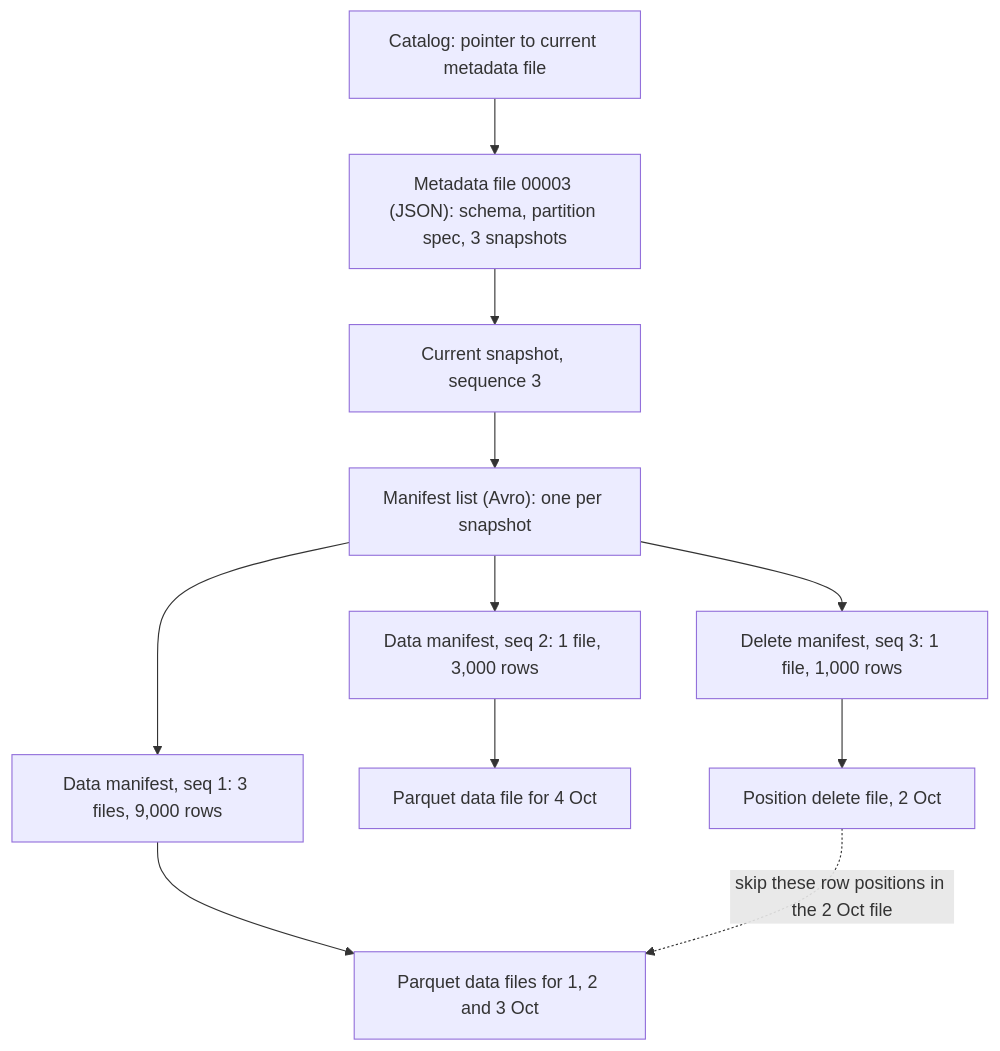
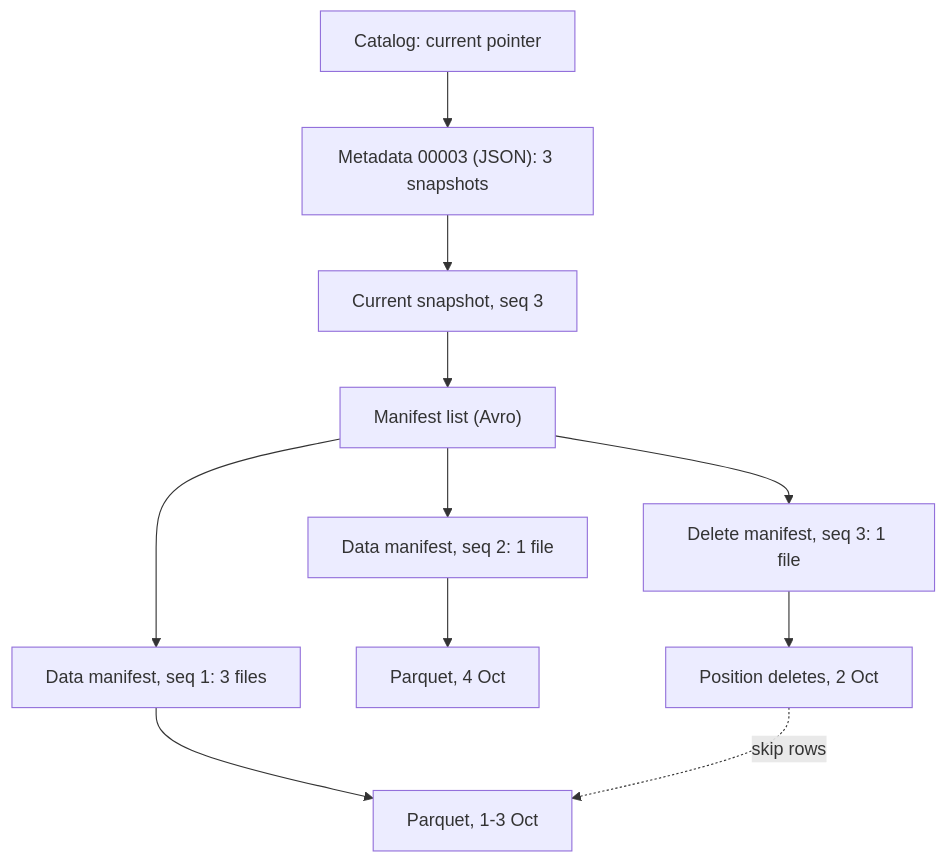
Before and after one commit to nayan9229/hastcode: the first of 2 diagrams in content/explainers/databases-storage/apache-iceberg-table-format.md, drawn with Mermaid. The commit also changed other lines of this file and 21 other files, not shown here.

````diff
--- a/content/explainers/databases-storage/apache-iceberg-table-format.md
+++ b/content/explainers/databases-storage/apache-iceberg-table-format.md
@@ -45,14 +43,14 @@
 ```mermaid
 %% title: Inside the DuckDB example table after three commits: one pointer, then a tree of immutable files
 flowchart TD
-  C["Catalog: pointer to current metadata file"] --> M["Metadata file 00003 (JSON): schema, partition spec, 3 snapshots"]
-  M --> S["Current snapshot, sequence 3"]
-  S --> L["Manifest list (Avro): one per snapshot"]
-  L --> D1["Data manifest, seq 1: 3 files, 9,000 rows"]
-  L --> D2["Data manifest, seq 2: 1 file, 3,000 rows"]
-  L --> X["Delete manifest, seq 3: 1 file, 1,000 rows"]
-  D1 --> P1["Parquet data files for 1, 2 and 3 Oct"]
-  D2 --> P2["Parquet data file for 4 Oct"]
-  X --> PD["Position delete file, 2 Oct"]
-  PD -. "skip these row positions in the 2 Oct file" .-> P1
+  C["Catalog: current pointer"] --> M["Metadata 00003 (JSON): 3 snapshots"]
+  M --> S["Current snapshot, seq 3"]
+  S --> L["Manifest list (Avro)"]
+  L --> D1["Data manifest, seq 1: 3 files"]
+  L --> D2["Data manifest, seq 2: 1 file"]
+  L --> X["Delete manifest, seq 3: 1 file"]
+  D1 --> P1["Parquet, 1-3 Oct"]
+  D2 --> P2["Parquet, 4 Oct"]
+  X --> PD["Position deletes, 2 Oct"]
+  PD -. "skip rows" .-> P1
 ```
````
